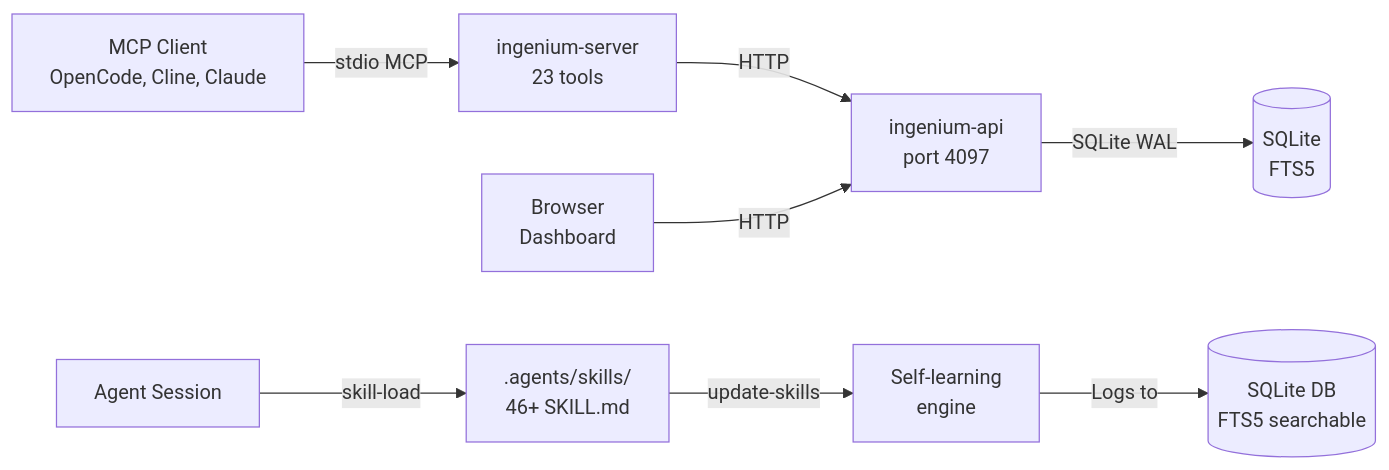
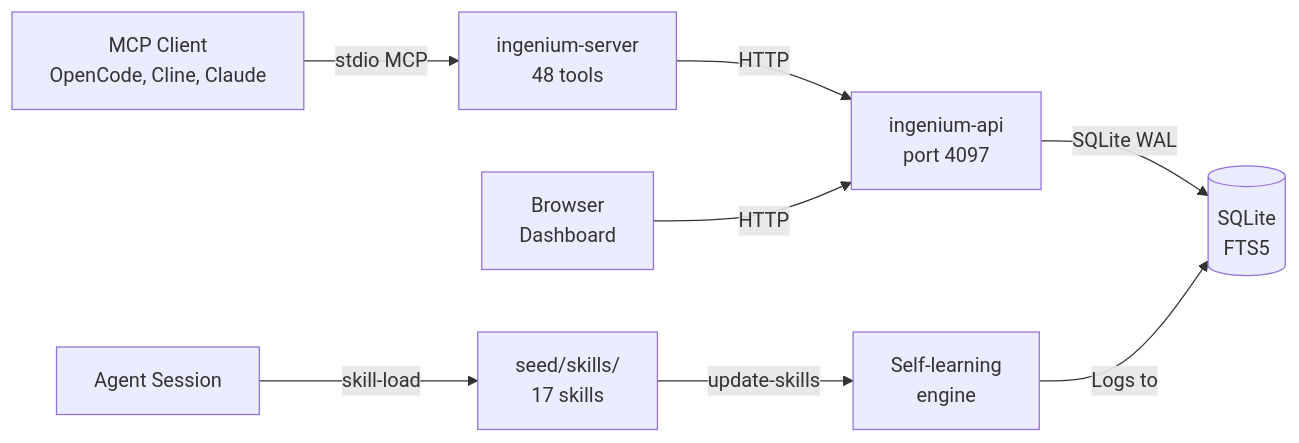
One commit to jtmb/ingenium changed the diagram in README.md. Above: the diagram before and after it, drawn with Mermaid. The commit also changed other lines of this file and 18 other files, not shown here.

````diff
--- a/README.md
+++ b/README.md
@@ -109,11 +119,11 @@
 ```mermaid
 graph LR
-    A[MCP Client<br/>OpenCode, Cline, Claude] -->|stdio MCP| B[ingenium-server<br/>23 tools]
+    A[MCP Client<br/>OpenCode, Cline, Claude] -->|stdio MCP| B[ingenium-server<br/>48 tools]
     B -->|HTTP| C[ingenium-api<br/>port 4097]
     D[Browser<br/>Dashboard] -->|HTTP| C
     C -->|SQLite WAL| E[(SQLite<br/>FTS5)]
     
-    F[Agent Session] -->|skill-load| G[.agents/skills/<br/>46+ SKILL.md]
+    F[Agent Session] -->|skill-load| G[seed/skills/<br/>17 skills]
     G -->|update-skills| H[Self-learning<br/>engine]
-    H -->|Logs to| I[(SQLite DB<br/>FTS5 searchable)]
+    H -->|Logs to| E
 ```
````
